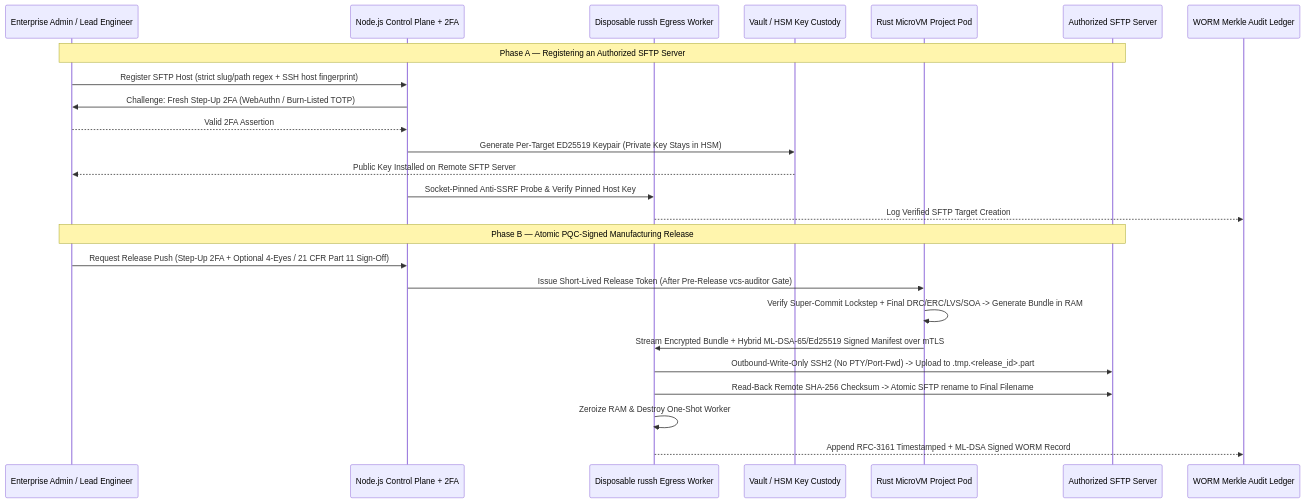
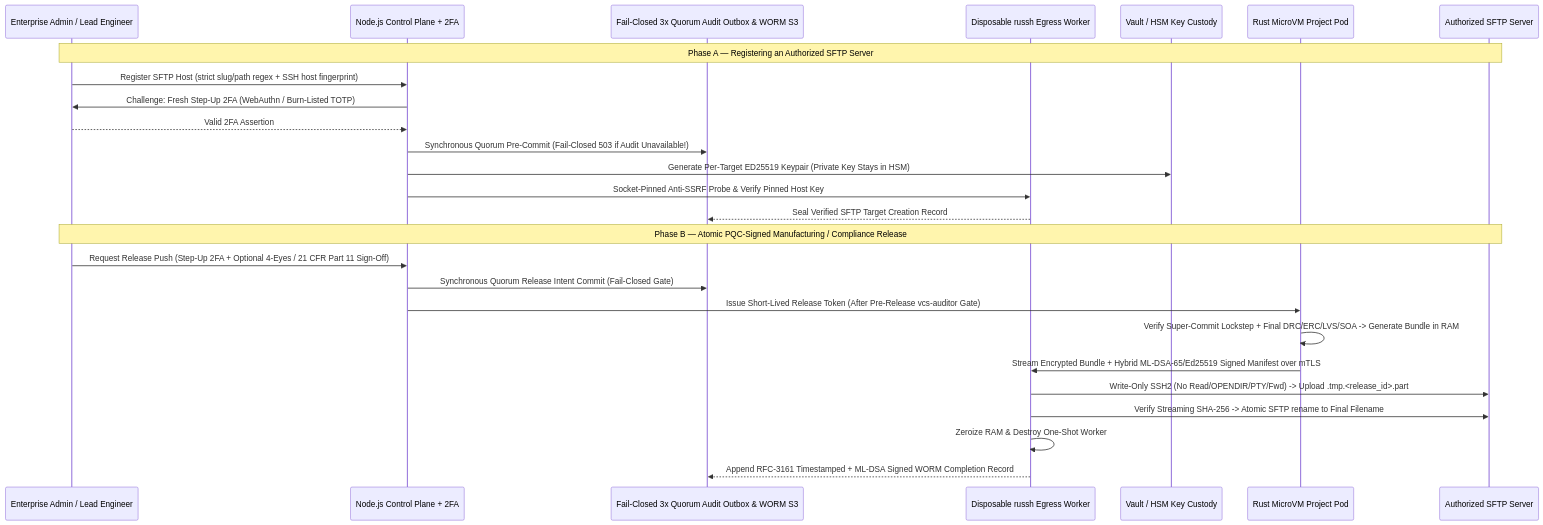
Before and after one commit to the-code-master/signal: the second of 2 diagrams in architecture/07-security-encryption-dlp-and-sftp.md, drawn with Mermaid. The commit also changed other lines of this file and 21 other files, not shown here.

Commit message:
docs: complete deep first-principles architecture vetting (F-113..F-148) and 2-pass scrub

````diff
--- a/architecture/07-security-encryption-dlp-and-sftp.md
+++ b/architecture/07-security-encryption-dlp-and-sftp.md
@@ -87,29 +91,30 @@
 ```mermaid
 sequenceDiagram
     participant Admin as Enterprise Admin / Lead Engineer
     participant BFF as Node.js Control Plane + 2FA
+    participant Audit as Fail-Closed 3x Quorum Audit Outbox & WORM S3
     participant SFTP as Disposable russh Egress Worker
     participant HSM as Vault / HSM Key Custody
     participant Pod as Rust MicroVM Project Pod
     participant Target as Authorized SFTP Server
-    participant Audit as WORM Merkle Audit Ledger
 
     Note over Admin,Target: Phase A — Registering an Authorized SFTP Server
     Admin->>BFF: Register SFTP Host (strict slug/path regex + SSH host fingerprint)
     BFF->>Admin: Challenge: Fresh Step-Up 2FA (WebAuthn / Burn-Listed TOTP)
     Admin-->>BFF: Valid 2FA Assertion
+    BFF->>Audit: Synchronous Quorum Pre-Commit (Fail-Closed 503 if Audit Unavailable!)
     BFF->>HSM: Generate Per-Target ED25519 Keypair (Private Key Stays in HSM)
-    HSM-->>Admin: Public Key Installed on Remote SFTP Server
     BFF->>SFTP: Socket-Pinned Anti-SSRF Probe & Verify Pinned Host Key
-    SFTP-->>Audit: Log Verified SFTP Target Creation
+    SFTP-->>Audit: Seal Verified SFTP Target Creation Record
 
-    Note over Admin,Target: Phase B — Atomic PQC-Signed Manufacturing Release
+    Note over Admin,Target: Phase B — Atomic PQC-Signed Manufacturing / Compliance Release
     Admin->>BFF: Request Release Push (Step-Up 2FA + Optional 4-Eyes / 21 CFR Part 11 Sign-Off)
+    BFF->>Audit: Synchronous Quorum Release Intent Commit (Fail-Closed Gate)
     BFF->>Pod: Issue Short-Lived Release Token (After Pre-Release vcs-auditor Gate)
     Pod->>Pod: Verify Super-Commit Lockstep + Final DRC/ERC/LVS/SOA -> Generate Bundle in RAM
     Pod->>SFTP: Stream Encrypted Bundle + Hybrid ML-DSA-65/Ed25519 Signed Manifest over mTLS
-    SFTP->>Target: Outbound-Write-Only SSH2 (No PTY/Port-Fwd) -> Upload to .tmp.<release_id>.part
-    SFTP->>Target: Read-Back Remote SHA-256 Checksum -> Atomic SFTP rename to Final Filename
+    SFTP->>Target: Write-Only SSH2 (No Read/OPENDIR/PTY/Fwd) -> Upload .tmp.<release_id>.part
+    SFTP->>Target: Verify Streaming SHA-256 -> Atomic SFTP rename to Final Filename
     SFTP->>SFTP: Zeroize RAM & Destroy One-Shot Worker
-    SFTP-->>Audit: Append RFC-3161 Timestamped + ML-DSA Signed WORM Record
+    SFTP-->>Audit: Append RFC-3161 Timestamped + ML-DSA Signed WORM Completion Record
 ```
````
